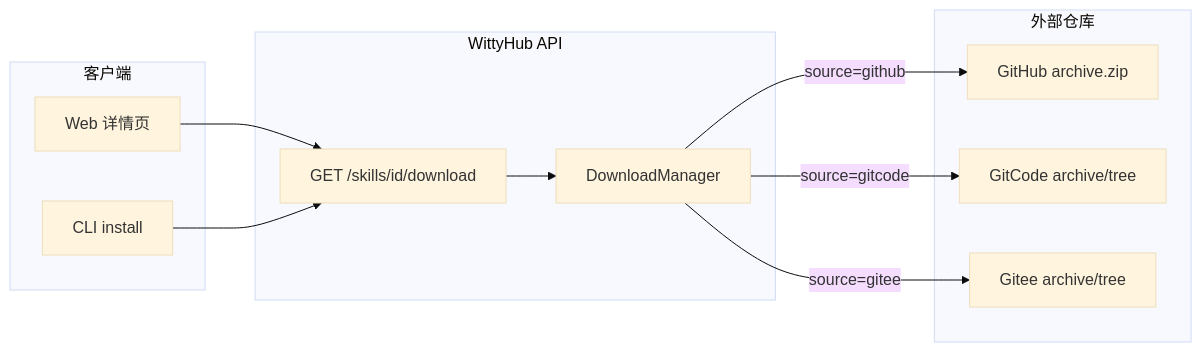
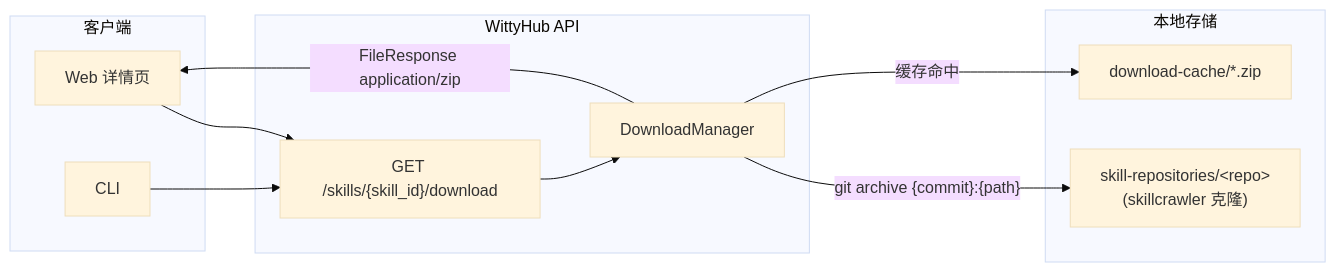
One commit to openeuler-mirror/wittyhub changed the fourth of 9 diagrams in doc/design/wittyhub-implementation-plan.md. Above: the diagram before and after it, drawn with Mermaid (base theme). The commit also changed other lines of this file and 1 other file, not shown here.

````diff
--- a/doc/design/wittyhub-implementation-plan.md
+++ b/doc/design/wittyhub-implementation-plan.md
@@ -382,25 +382,24 @@
 ```mermaid
 graph LR
     subgraph 客户端
         WEB[Web 详情页]
-        CLI[CLI install]
+        CLI[CLI]
     end
 
     subgraph WittyHub API
-        DL[GET /skills/id/download]
+        DL["GET /skills/{skill_id}/download"]
         DM[DownloadManager]
     end
 
-    subgraph 外部仓库
-        GH[GitHub archive.zip]
-        GC[GitCode archive/tree]
-        GT[Gitee archive/tree]
+    subgraph 本地存储
+        REPO["skill-repositories/&lt;repo&gt;<br/>(skillcrawler 克隆)"]
+        CACHE["download-cache/*.zip"]
     end
 
     WEB --> DL
     CLI --> DL
     DL --> DM
-    DM -->|source=github| GH
-    DM -->|source=gitcode| GC
-    DM -->|source=gitee| GT
+    DM -->|"git archive {commit}:{path}"| REPO
+    DM -->|缓存命中| CACHE
+    DM -->|FileResponse application/zip| WEB
 ```
````
